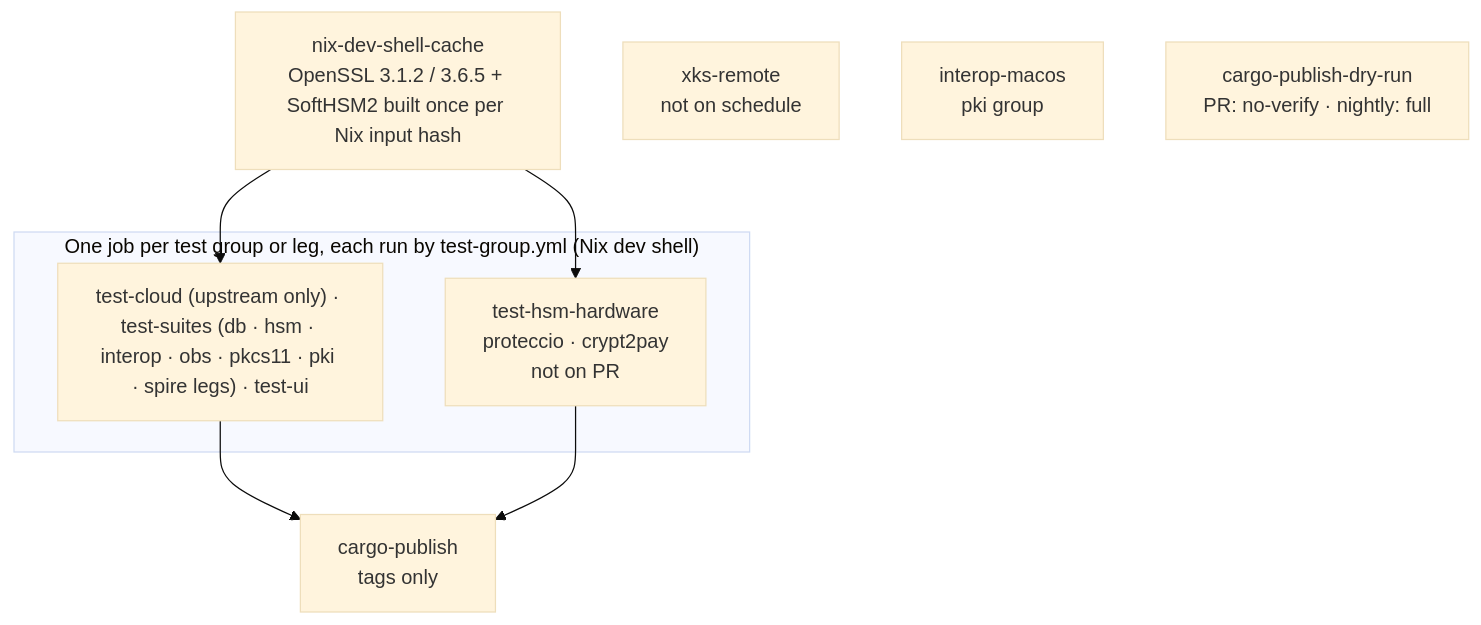
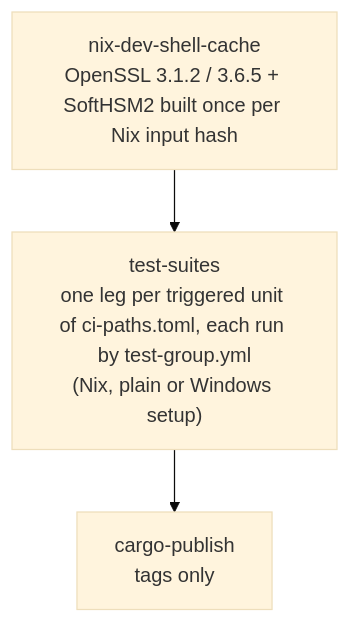
The third of 3 diagrams in .github/workflows/README_main.md (Cosmian/kms), drawn with Mermaid (base theme) before and after one commit. The commit also changed other lines of this file and 19 other files, not shown here.

First line of the commit message:
ci: run every unit as a leg of one test-suites matrix, selected by ci-paths.toml

````diff
--- a/.github/workflows/README_main.md
+++ b/.github/workflows/README_main.md
@@ -59,14 +49,8 @@
 ```mermaid
 flowchart TB
     Cache["nix-dev-shell-cache<br/>OpenSSL 3.1.2 / 3.6.5 + SoftHSM2 built once per Nix input hash"]
-    subgraph NixJobs["One job per test group or leg, each run by test-group.yml (Nix dev shell)"]
-        Groups["test-cloud (upstream only) · test-suites (db · hsm · interop · obs · pkcs11 · pki · spire legs) · test-ui"]
-        Hsm["test-hsm-hardware<br/>proteccio · crypt2pay<br/>not on PR"]
-    end
-    Cache --> Groups & Hsm
-    Xks["xks-remote<br/>not on schedule"]
-    Mac["interop-macos<br/>pki group"]
-    DryRun["cargo-publish-dry-run<br/>PR: no-verify · nightly: full"]
+    Suites["test-suites<br/>one leg per triggered unit of ci-paths.toml, each run by test-group.yml<br/>(Nix, plain or Windows setup)"]
     Publish["cargo-publish<br/>tags only"]
-    Groups & Hsm --> Publish
+    Cache --> Suites
+    Suites --> Publish
 ```
````
